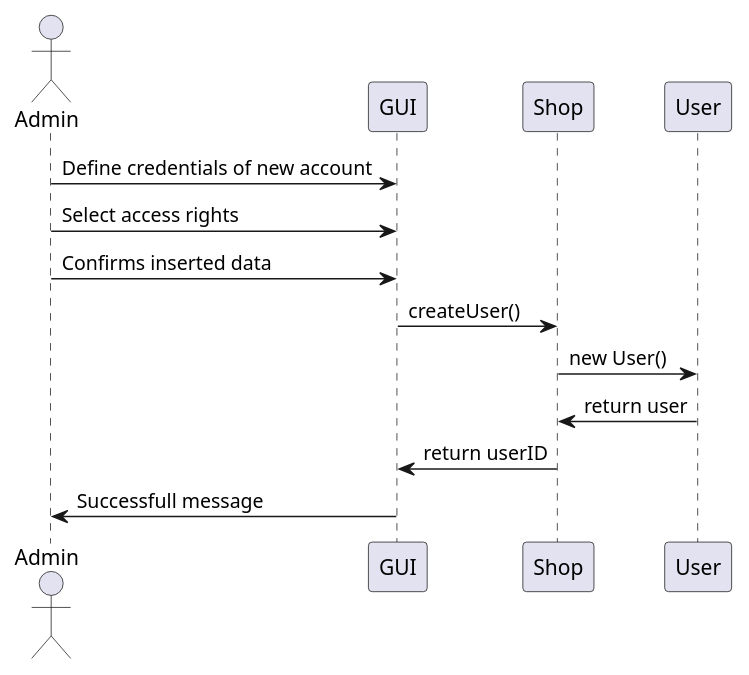
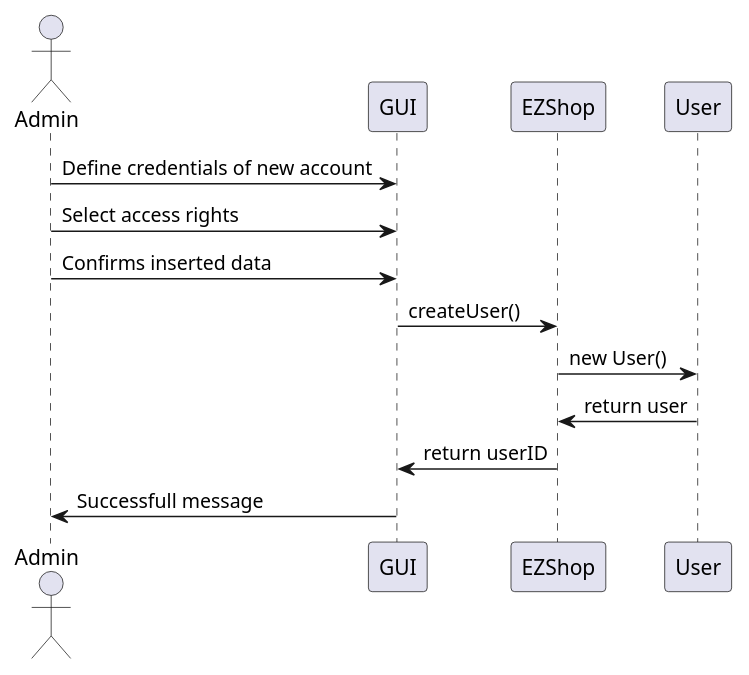
The seventh of 19 diagrams in Deliverables/DesignDocument.md (ThePiromaximus/ezshop), drawn with PlantUML before and after one commit. The commit also changed other lines of this file, not shown here.

````diff
--- a/Deliverables/DesignDocument.md
+++ b/Deliverables/DesignDocument.md
@@ -328,13 +344,13 @@
 ```plantuml
 @startuml
 actor Admin
 Admin -> GUI : Define credentials of new account
 Admin -> GUI : Select access rights
 Admin -> GUI : Confirms inserted data
-GUI -> Shop : createUser()
-Shop -> User : new User()
-User -> Shop : return user
-Shop -> GUI : return userID
+GUI -> EZShop : createUser()
+EZShop -> User : new User()
+User -> EZShop : return user
+EZShop -> GUI : return userID
 GUI -> Admin : Successfull message
 @enduml
 ```
````
